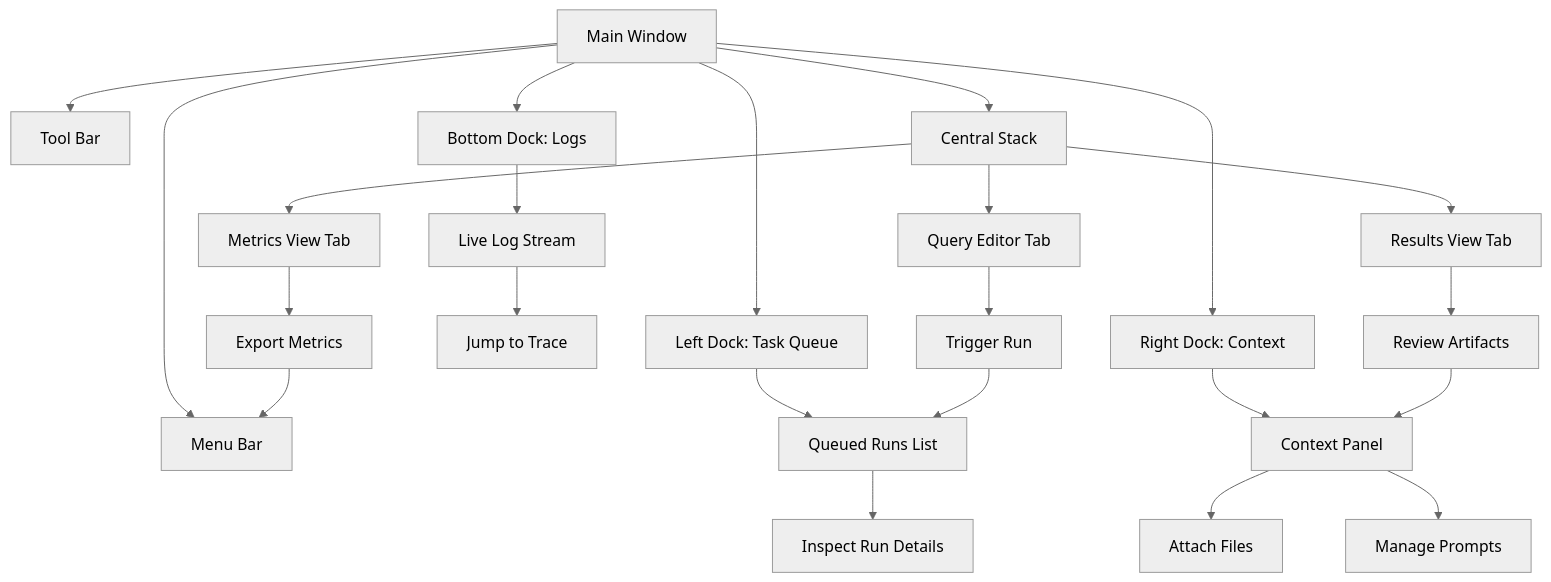
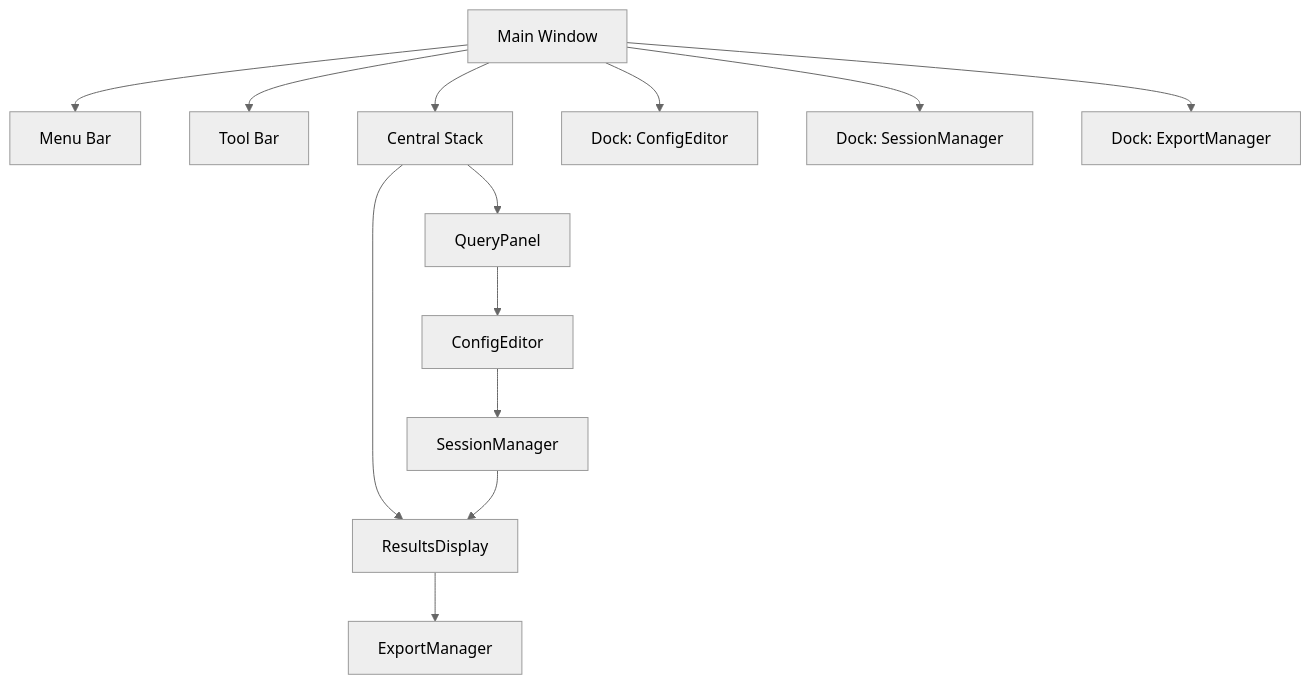
Before and after one commit to ravenoak/autoresearch: the first of 2 diagrams in docs/diagrams/pyside6_layout.md, drawn with Mermaid (neutral theme). The commit also changed other lines of this file, not shown here.

Commit message:
Update PySide6 layout documentation

````diff
--- a/docs/diagrams/pyside6_layout.md
+++ b/docs/diagrams/pyside6_layout.md
@@ -6,40 +6,25 @@
 ```mermaid
 graph TD
     MainWindow[Main Window]
     MenuBar[Menu Bar]
     ToolBar[Tool Bar]
     CentralStack[Central Stack]
-    LeftDock[Left Dock: Task Queue]
-    RightDock[Right Dock: Context]
-    BottomDock[Bottom Dock: Logs]
+    ConfigDock[Dock: ConfigEditor]
+    SessionDock[Dock: SessionManager]
+    ExportDock[Dock: ExportManager]
 
     MainWindow --> MenuBar
     MainWindow --> ToolBar
     MainWindow --> CentralStack
-    MainWindow --> LeftDock
-    MainWindow --> RightDock
-    MainWindow --> BottomDock
+    MainWindow --> ConfigDock
+    MainWindow --> SessionDock
+    MainWindow --> ExportDock
 
-    CentralStack --> QueryEditor[Query Editor Tab]
-    CentralStack --> ResultsView[Results View Tab]
-    CentralStack --> MetricsView[Metrics View Tab]
+    CentralStack --> QueryPanel[QueryPanel]
+    CentralStack --> ResultsDisplay[ResultsDisplay]
 
-    LeftDock --> QueueList[Queued Runs List]
-    QueueList --> InspectRun[Inspect Run Details]
-
-    RightDock --> ContextPanel[Context Panel]
-    ContextPanel --> AttachFiles[Attach Files]
-    ContextPanel --> ManagePrompts[Manage Prompts]
-
-    BottomDock --> LogStream[Live Log Stream]
-    LogStream --> JumpToTrace[Jump to Trace]
-
-    QueryEditor --> TriggerRun[Trigger Run]
-    TriggerRun --> QueueList
-
-    ResultsView --> ReviewArtifacts[Review Artifacts]
-    ReviewArtifacts --> ContextPanel
-
-    MetricsView --> ExportMetrics[Export Metrics]
-    ExportMetrics --> MenuBar
+    QueryPanel --> ConfigEditor[ConfigEditor]
+    ConfigEditor --> SessionManager[SessionManager]
+    SessionManager --> ResultsDisplay
+    ResultsDisplay --> ExportManager[ExportManager]
 ```
````
